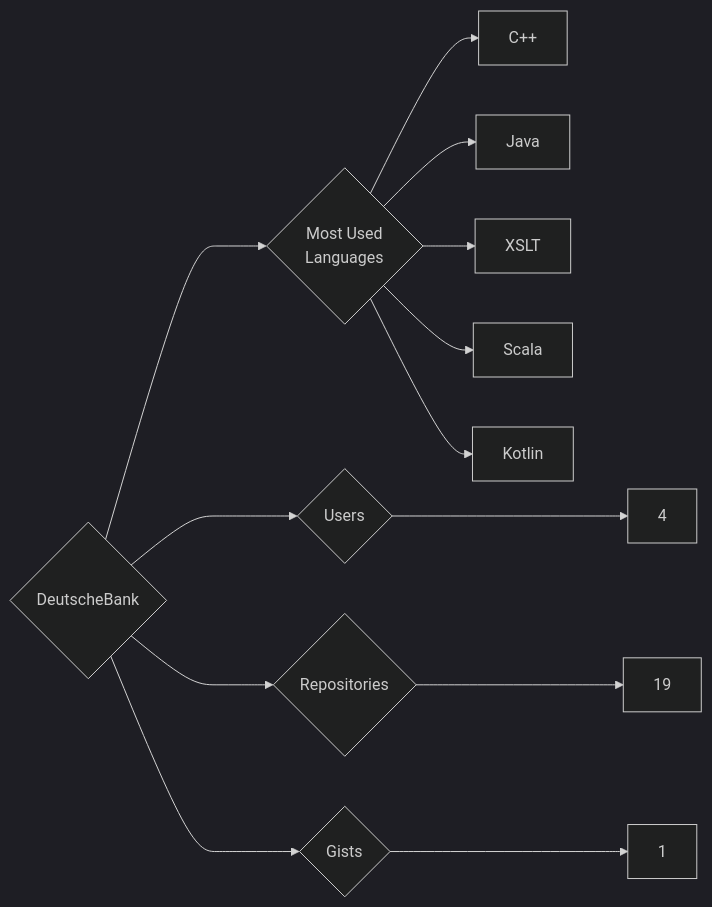
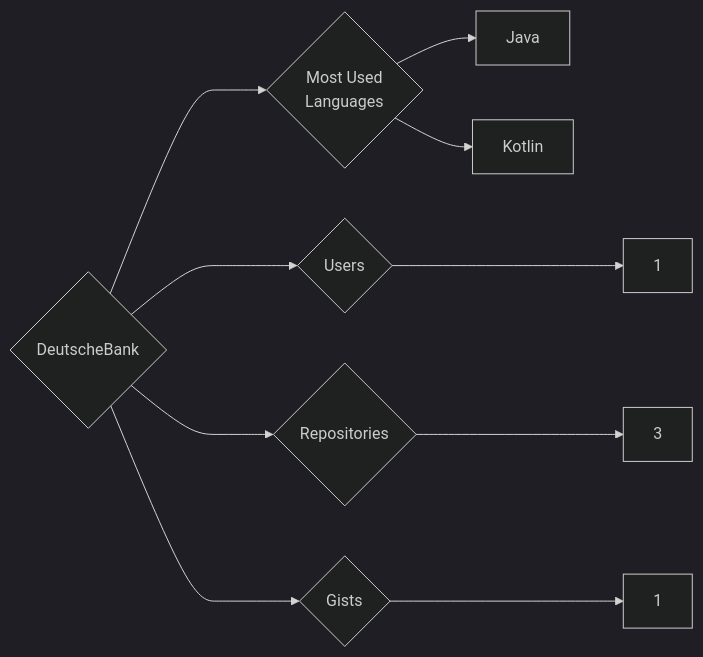
Before and after one commit to trickest/insiders: the diagram in targets/DeutscheBank/README.md, drawn with Mermaid (dark theme). The commit also changed 993 other files, not shown here.

````diff
--- a/targets/DeutscheBank/README.md
+++ b/targets/DeutscheBank/README.md
@@ -3,13 +3,10 @@
 ```mermaid
 graph LR
 COMPANY_NAME{DeutscheBank}
-COMPANY_NAME ---> U{Users} ---> UN[4]
-COMPANY_NAME ---> R{Repositories} ---> RN[19]
+COMPANY_NAME ---> U{Users} ---> UN[1]
+COMPANY_NAME ---> R{Repositories} ---> RN[3]
 COMPANY_NAME ---> G{Gists} ---> GN[1]
 COMPANY_NAME ---> ML{Most Used<br>Languages}
-ML --> C++[C++]
 ML --> Java[Java]
-ML --> XSLT[XSLT]
-ML --> Scala[Scala]
 ML --> Kotlin[Kotlin]
 ```
````
